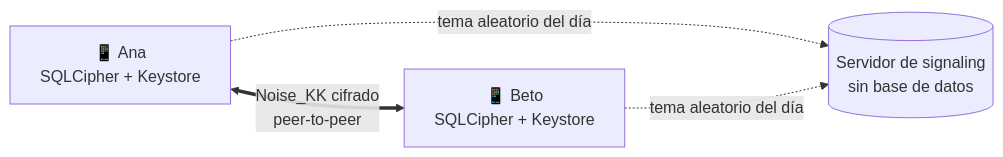
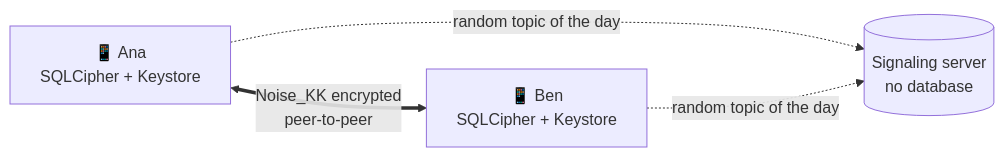
The first of 4 diagrams in README.md (fsoftt/Murmur), drawn with Mermaid before and after one commit. The commit also changed other lines of this file and 1 other file, not shown here.

````diff
--- a/README.md
+++ b/README.md
@@ -73,6 +81,6 @@
 ```mermaid
 flowchart LR
-    A["📱 Ana<br/>SQLCipher + Keystore"] <== "Noise_KK cifrado<br/>peer-to-peer" ==> B["📱 Beto<br/>SQLCipher + Keystore"]
-    A -. "tema aleatorio del día" .-> S[("Servidor de signaling<br/>sin base de datos")]
-    B -. "tema aleatorio del día" .-> S
+    A["📱 Ana<br/>SQLCipher + Keystore"] <== "Noise_KK encrypted<br/>peer-to-peer" ==> B["📱 Ben<br/>SQLCipher + Keystore"]
+    A -. "random topic of the day" .-> S[("Signaling server<br/>no database")]
+    B -. "random topic of the day" .-> S
 ```
````
